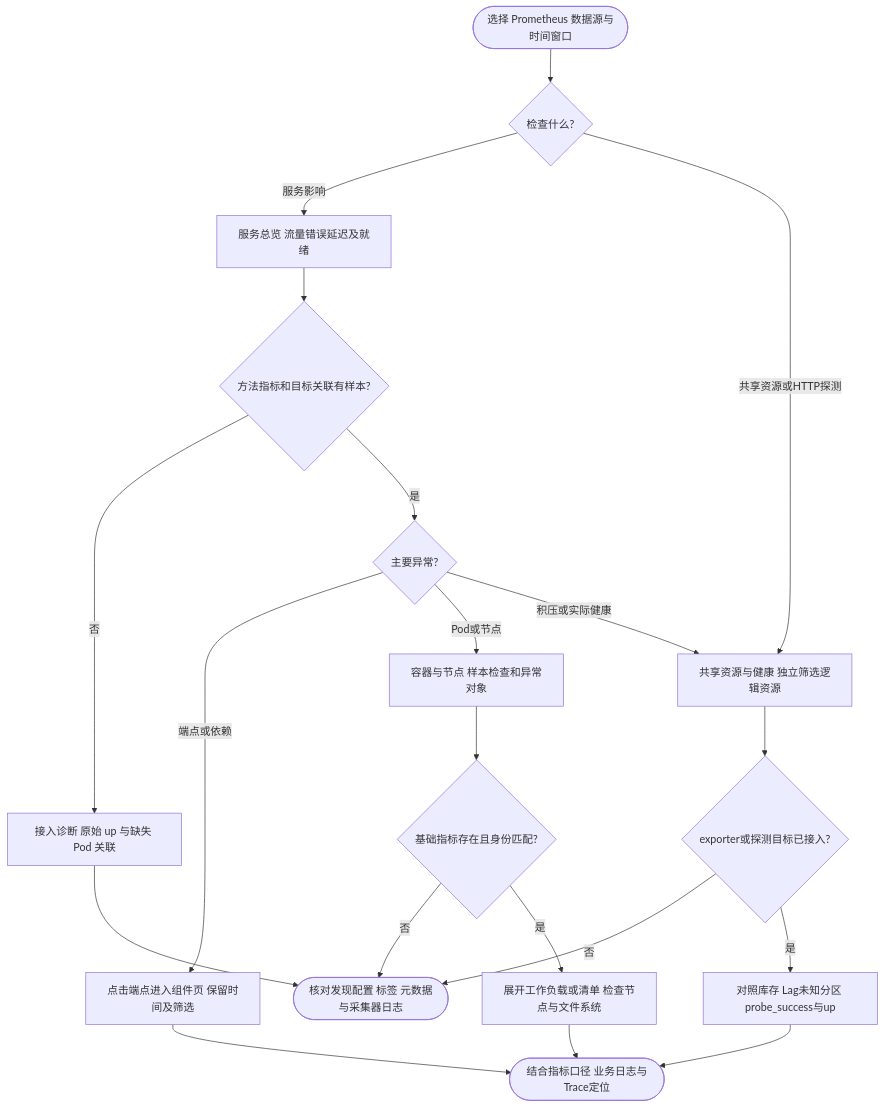
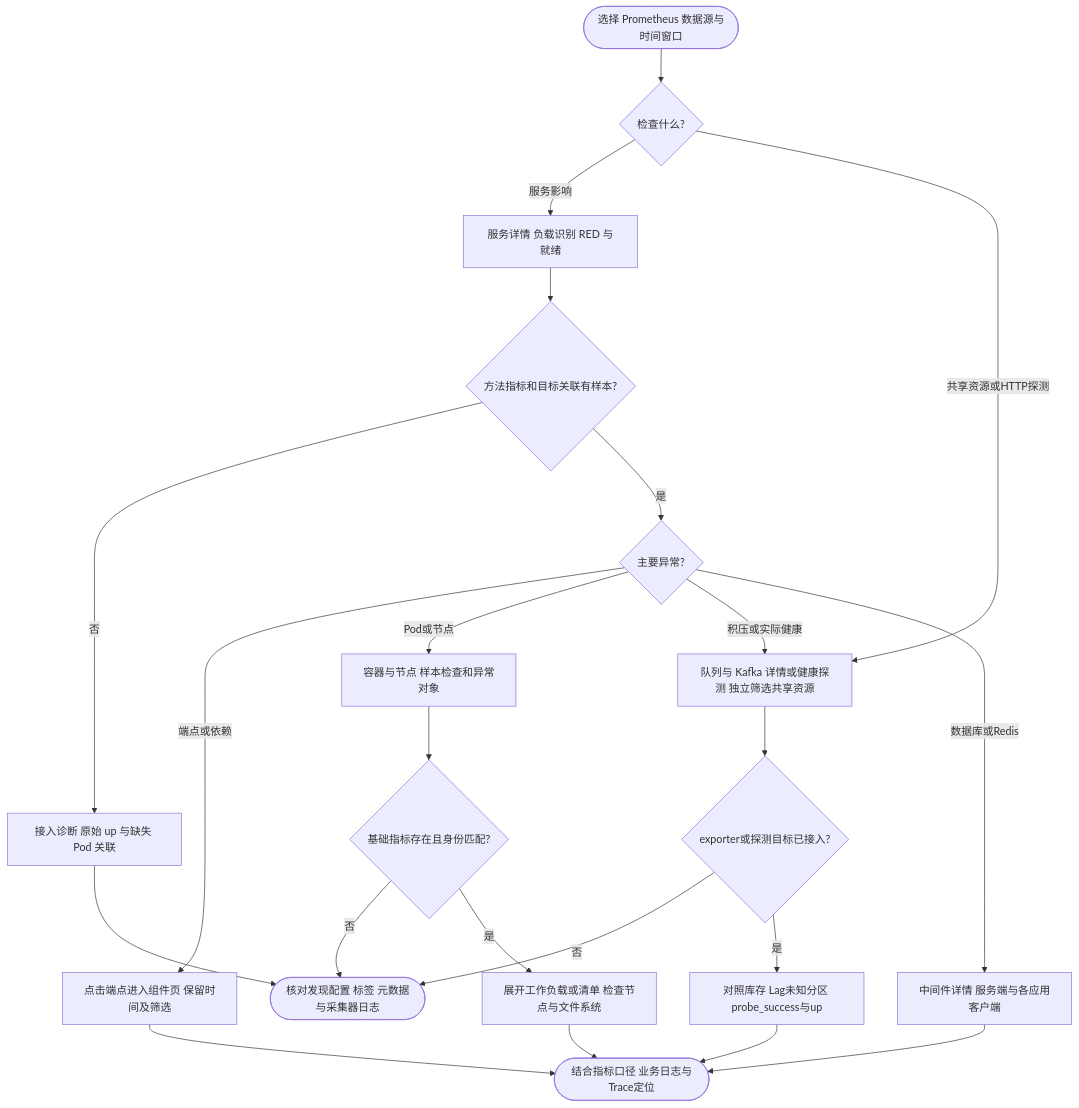
Before and after one commit to jaggerzhuang1994/kratos-foundation: the diagram in deploy/observability/docs/dashboard.md, drawn with Mermaid. The commit also changed other lines of this file and 23 other files, not shown here.

````diff
--- a/deploy/observability/docs/dashboard.md
+++ b/deploy/observability/docs/dashboard.md
@@ -25,22 +35,24 @@
 ```mermaid
 flowchart TD
     A([选择 Prometheus 数据源与时间窗口]) --> B{检查什么?}
-    B -- 服务影响 --> C[服务总览 流量错误延迟及就绪]
+    B -- 服务影响 --> C[服务详情 负载识别 RED 与就绪]
     C --> D{方法指标和目标关联有样本?}
     D -- 否 --> E[接入诊断 原始 up 与缺失 Pod 关联]
     E --> F([核对发现配置 标签 元数据与采集器日志])
     D -- 是 --> G{主要异常?}
     G -- 端点或依赖 --> H[点击端点进入组件页 保留时间及筛选]
     G -- Pod或节点 --> I[容器与节点 样本检查和异常对象]
     I --> J{基础指标存在且身份匹配?}
     J -- 否 --> F
     J -- 是 --> K[展开工作负载或清单 检查节点与文件系统]
-    G -- 积压或实际健康 --> L[共享资源与健康 独立筛选逻辑资源]
+    G -- 积压或实际健康 --> L[队列与 Kafka 详情或健康探测 独立筛选共享资源]
+    G -- 数据库或Redis --> P[中间件详情 服务端与各应用客户端]
+    P --> O
     B -- 共享资源或HTTP探测 --> L
     L --> M{exporter或探测目标已接入?}
     M -- 否 --> F
     M -- 是 --> N[对照库存 Lag未知分区 probe_success与up]
     H --> O([结合指标口径 业务日志与Trace定位])
     K --> O
     N --> O
 ```
````
